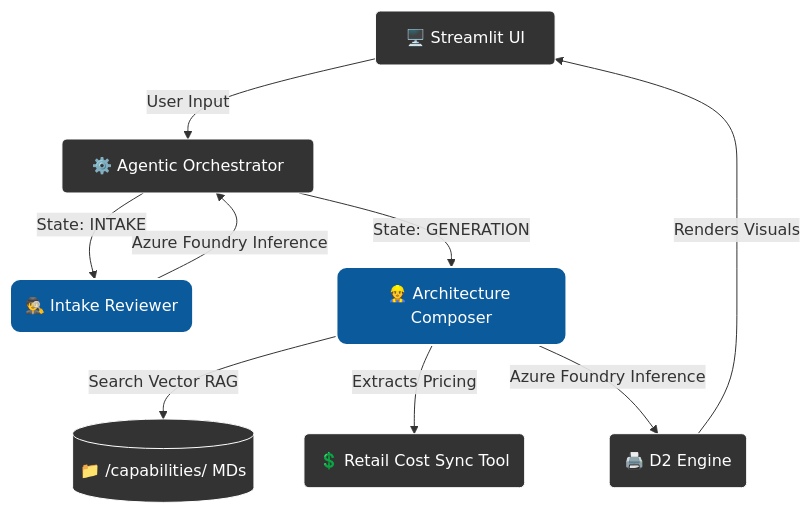
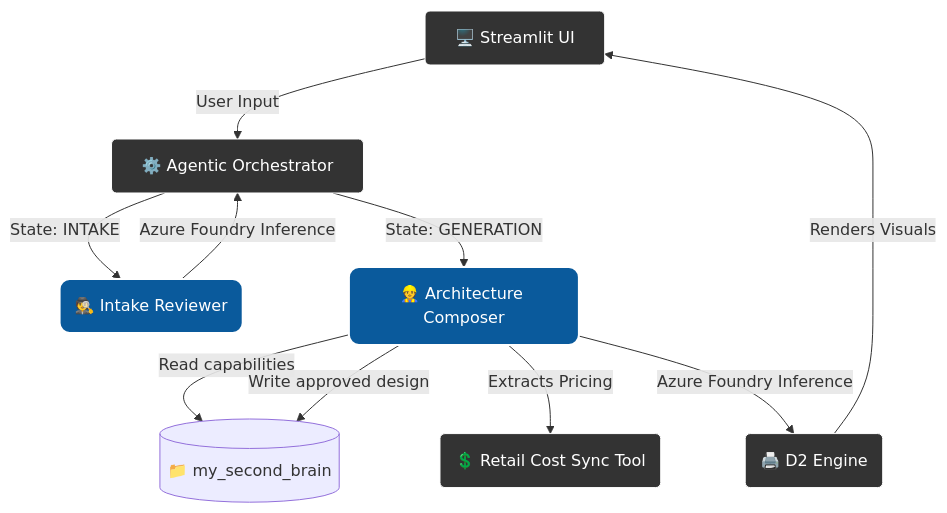
One commit to ysuurme/azure_hello_world changed the diagram in README.md. Above: the diagram before and after it, drawn with Mermaid. The commit also changed other lines of this file and 4 other files, not shown here.

Commit message:
aligned architecture agent to my-second-brain

````diff
--- a/README.md
+++ b/README.md
@@ -23,20 +44,21 @@
 ```mermaid
 graph TD
     UI[🖥️ Streamlit UI] -->|User Input| AO[⚙️ Agentic Orchestrator]
     
     %% INTAKE PHASE
     AO -->|State: INTAKE| IR(🕵️ Intake Reviewer)
     IR -->|Azure Foundry Inference| AO
     
     %% GENERATION PHASE
     AO -->|State: GENERATION| AC(👷 Architecture Composer)
-    AC -->|Search Vector RAG| RAG[(📁 /capabilities/ MDs)]
+    AC -->|Read capabilities| MSB[(📁 my_second_brain)]
     AC -->|Extracts Pricing| CALC(💲 Retail Cost Sync Tool)
     AC -->|Azure Foundry Inference| SVG(🖨️ D2 Engine)
     SVG -->|Renders Visuals| UI
+    AC -->|Write approved design| MSB
     
     classDef agent fill:#0a5a9c,color:#fff,stroke:#fff,stroke-width:2px,rx:10px,ry:10px;
     classDef sys fill:#333,color:#fff,stroke:#fff,stroke-width:1px,rx:5px,ry:5px;
     class IR,AC agent;
     class UI,AO,RAG,CALC,SVG sys;
 ```
````
